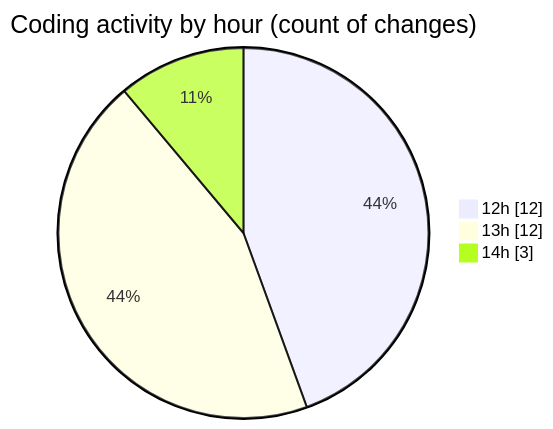
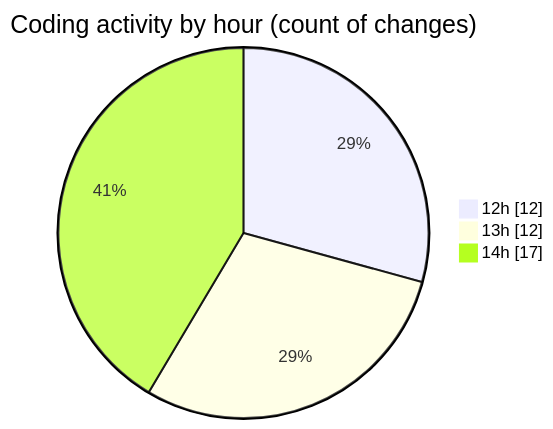
Before and after one commit to momahboobian/code-tracking: the second of 2 diagrams in 2025-09-24/cda/README.md, drawn with Mermaid. The commit also changed other lines of this file and 1 other file, not shown here.

````diff
--- a/2025-09-24/cda/README.md
+++ b/2025-09-24/cda/README.md
@@ -32,7 +35,7 @@
 ```mermaid
 pie showData
 title Coding activity by hour (count of changes)
 "12h" : 12
 "13h" : 12
-"14h" : 3
+"14h" : 17
 ```
````
